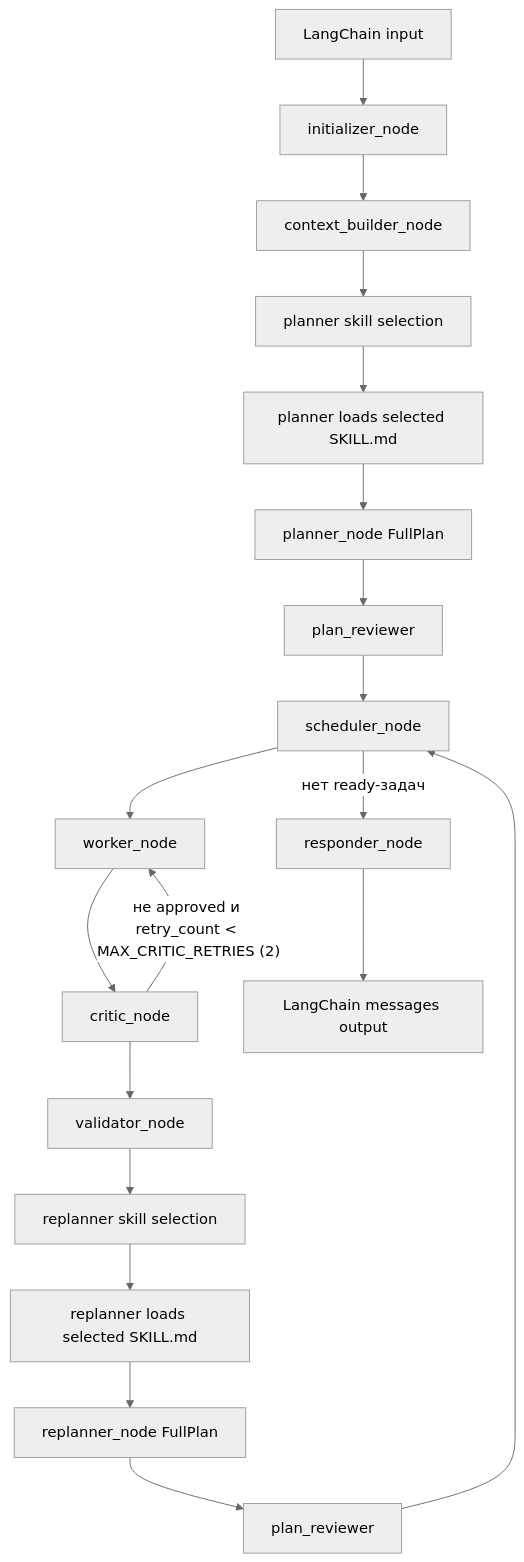
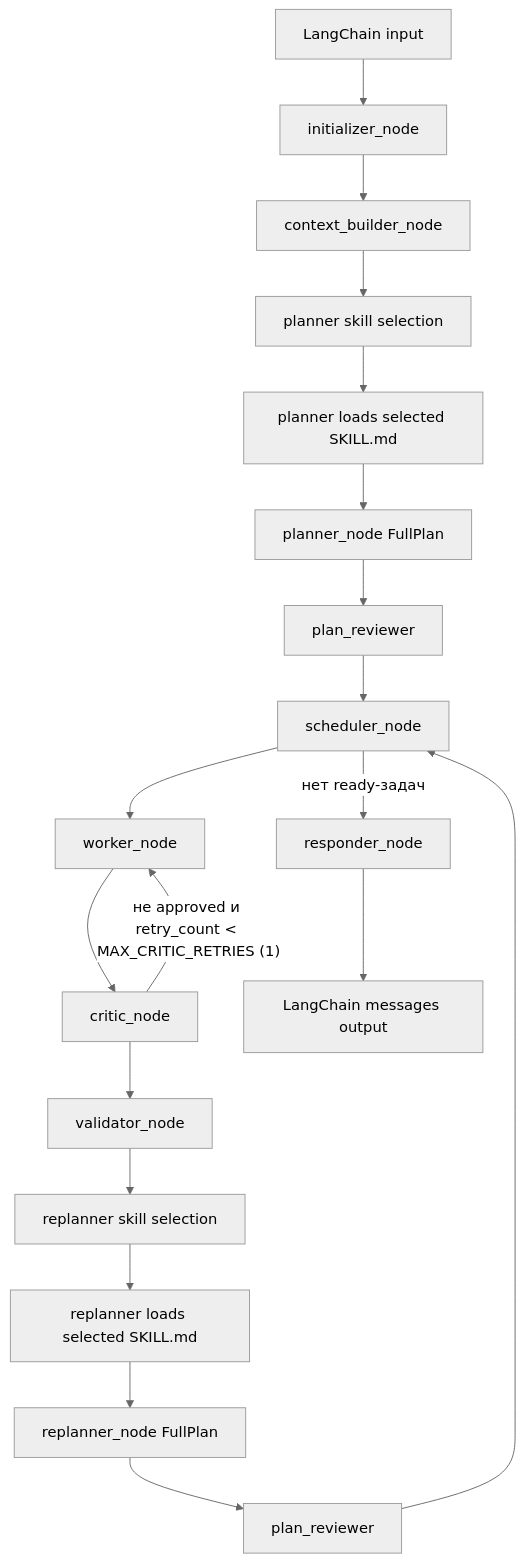
One commit to Viacheslav-hub-blip/deepagent_langchain changed the first of 2 diagrams in README.md. Above: the diagram before and after it, drawn with Mermaid (neutral theme). The commit also changed other lines of this file and 54 other files, not shown here.

````diff
--- a/README.md
+++ b/README.md
@@ -18,21 +18,21 @@
 ```mermaid
 flowchart TD
     A["LangChain input"] --> B["initializer_node"]
     B --> C["context_builder_node"]
     C --> D["planner skill selection"]
     D --> E["planner loads selected SKILL.md"]
     E --> F["planner_node FullPlan"]
     F --> G["plan_reviewer"]
     G --> H["scheduler_node"]
     H --> I["worker_node"]
     I --> K["critic_node"]
-    K -->|"не approved и retry_count < MAX_CRITIC_RETRIES (2)"| I
+    K -->|"не approved и retry_count < MAX_CRITIC_RETRIES (1)"| I
     K --> J["validator_node"]
     J --> L["replanner skill selection"]
     L --> M["replanner loads selected SKILL.md"]
     M --> N["replanner_node FullPlan"]
     N --> O["plan_reviewer"]
     O --> H
     H -->|"нет ready-задач"| P["responder_node"]
     P --> Q["LangChain messages output"]
 ```
````
